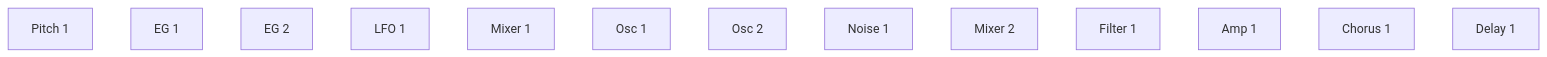
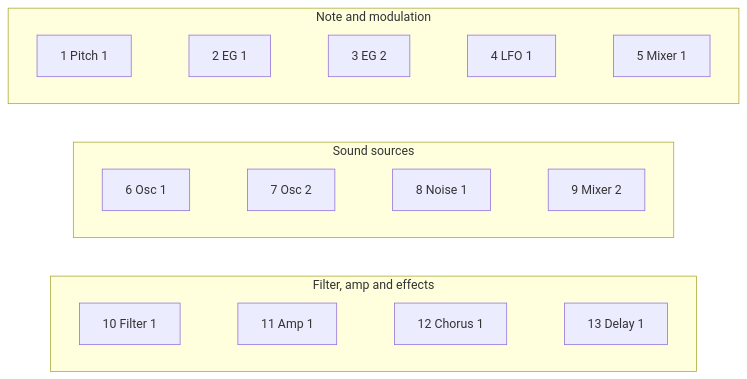
One commit to risgk/midi_synthesizer_spms1 changed the second of 6 diagrams in spms1_type2/README.md. Above: the diagram before and after it, drawn with Mermaid. The commit also changed other lines of this file and 1 other file, not shown here.

Commit message:
type-2: README: Draw the run order in three rows
The run order, one row of 13 modules too wide to read, is drawn in three rows, numbered in order:
the note and the modulation sources with Mixer 1, the sound sources with Mixer 2, and the filter,
the amp and the effects.

Claude-Session: https://claude.ai/code/session_01N7mMVnoKzjmRDboQE4ZMEq

````diff
--- a/spms1_type2/README.md
+++ b/spms1_type2/README.md
@@ -290,4 +290,16 @@
 ```mermaid
-flowchart LR
-  PITCH[Pitch 1] ~~~ EG[EG 1] ~~~ EG2[EG 2] ~~~ LFO[LFO 1] ~~~ MIX1[Mixer 1] ~~~ OSC[Osc 1] ~~~ OSC2[Osc 2] ~~~ NOISE[Noise 1] ~~~ MIX2[Mixer 2] ~~~ FILTER[Filter 1] ~~~ AMP[Amp 1] ~~~ CHORUS[Chorus 1] ~~~ DELAY[Delay 1]
+flowchart TB
+  subgraph NOTE_MOD [Note and modulation]
+    direction LR
+    PITCH[1 Pitch 1] ~~~ EG[2 EG 1] ~~~ EG2[3 EG 2] ~~~ LFO[4 LFO 1] ~~~ MIX1[5 Mixer 1]
+  end
+  subgraph SOUND [Sound sources]
+    direction LR
+    OSC[6 Osc 1] ~~~ OSC2[7 Osc 2] ~~~ NOISE[8 Noise 1] ~~~ MIX2[9 Mixer 2]
+  end
+  subgraph VOICE [Filter, amp and effects]
+    direction LR
+    FILTER[10 Filter 1] ~~~ AMP[11 Amp 1] ~~~ CHORUS[12 Chorus 1] ~~~ DELAY[13 Delay 1]
+  end
+  NOTE_MOD ~~~ SOUND ~~~ VOICE
 ```
````
